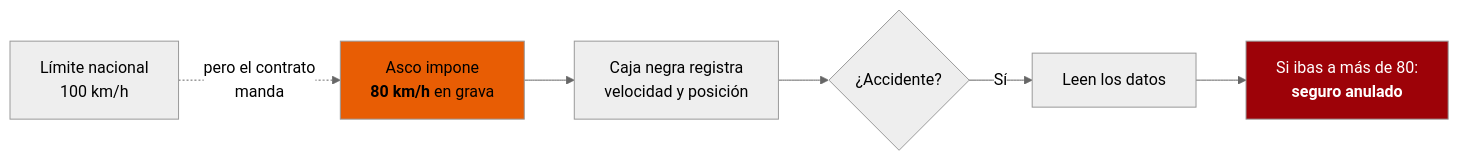
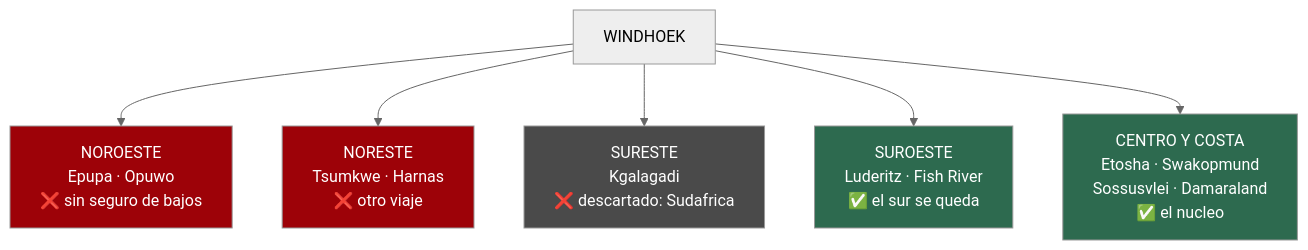
One commit to morandeirachema/namibia changed the ninth of 10 diagrams in README.md. Above: the diagram before and after it, drawn with Mermaid (neutral theme). The commit also changed other lines of this file, not shown here.

````diff
--- a/README.md
+++ b/README.md
@@ -313,10 +277,14 @@
 ```mermaid
-flowchart LR
-    A["Límite nacional<br/>100 km/h"] -.->|"pero el contrato<br/>manda"| B["Asco impone<br/><b>80 km/h</b> en grava"]
-    B --> C["Caja negra registra<br/>velocidad y posición"]
-    C --> D{"¿Accidente?"}
-    D -->|"Sí"| E["Leen los datos"]
-    E --> F["Si ibas a más de 80:<br/><b>seguro anulado</b>"]
-    style B fill:#e85d04,color:#000
-    style F fill:#9d0208,color:#fff
+flowchart TD
+    W["WINDHOEK"]
+    W --> NW["NOROESTE<br/>Epupa · Opuwo<br/>❌ sin seguro de bajos"]
+    W --> NE["NORESTE<br/>Tsumkwe · Harnas<br/>❌ otro viaje"]
+    W --> SE["SURESTE<br/>Kgalagadi<br/>❌ descartado: Sudafrica"]
+    W --> SW["SUROESTE<br/>Luderitz · Fish River<br/>✅ el sur se queda"]
+    W --> C["CENTRO Y COSTA<br/>Etosha · Swakopmund<br/>Sossusvlei · Damaraland<br/>✅ el nucleo"]
+    style NW fill:#9d0208,color:#fff
+    style NE fill:#9d0208,color:#fff
+    style SE fill:#4a4a4a,color:#fff
+    style SW fill:#2d6a4f,color:#fff
+    style C fill:#2d6a4f,color:#fff
 ```
````
